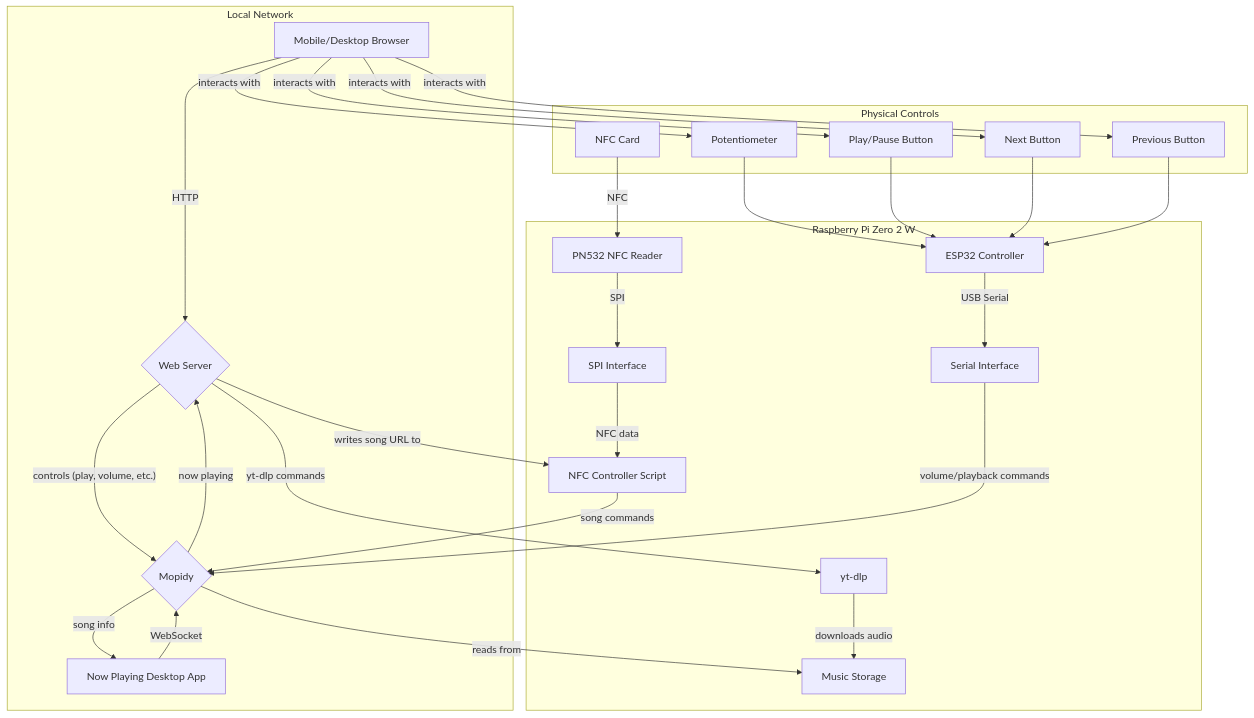
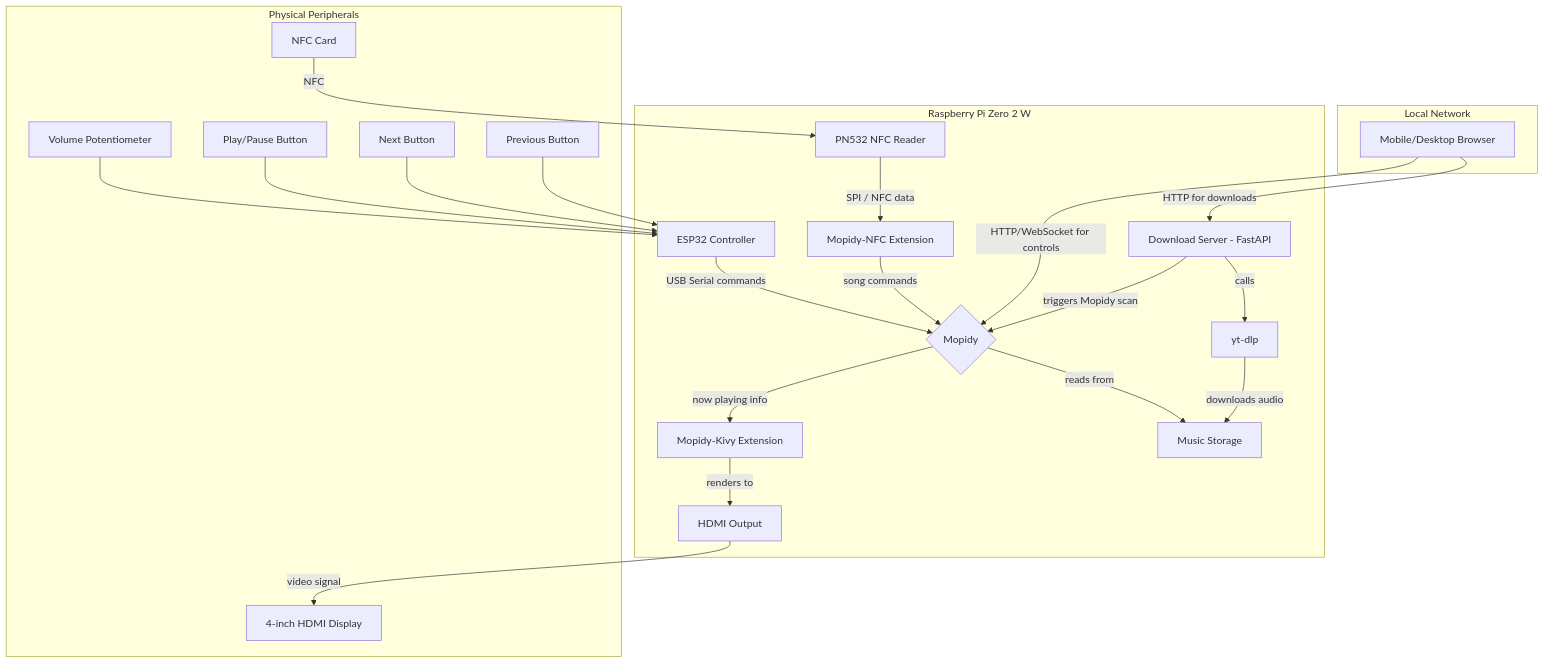
Before and after one commit to rghsoftware/soundwave: the diagram in docs/diagrams/System Architecture Diagram.mmd, drawn with Mermaid. The commit also changed 12 other files, not shown here.

Commit message:
Update diagrams

```diff
--- a/docs/diagrams/System Architecture Diagram.mmd
+++ b/docs/diagrams/System Architecture Diagram.mmd
@@ -1,33 +1,53 @@
+---
+Title: System Architecture Diagram
+---
+
 graph TD
     subgraph "Local Network"
-        A[Mobile/Desktop Browser] -- HTTP --> B{Web Server};
-        D[Now Playing Desktop App] -- WebSocket --> C{Mopidy};
+        A[Mobile/Desktop Browser]
     end
 
     subgraph "Raspberry Pi Zero 2 W"
-        B -- "controls (play, volume, etc.)" --> C;
-        C -- "song info" --> D;
-        C -- "now playing" --> B;
-        B -- "yt-dlp commands" --> E[yt-dlp];
-        E -- "downloads audio" --> F[Music Storage];
+        C{Mopidy}
+        DS[Download Server - FastAPI]
+        E[yt-dlp]
+        F[Music Storage]
+        Kivy[Mopidy-Kivy Extension]
+        HDMI[HDMI Output]
+        NFC_Ext[Mopidy-NFC Extension]
+        
+        A -- "HTTP/WebSocket for controls" --> C;
+        A -- "HTTP for downloads" --> DS;
+        
+        DS -- "triggers Mopidy scan" --> C;
+        DS -- "calls" --> E;
+        E -- "downloads audio" --> F;
+        
+        C -- "now playing info" --> Kivy;
+        Kivy -- "renders to" --> HDMI;
+        
         C -- "reads from" --> F;
-        G[PN532 NFC Reader] -- SPI --> H[SPI Interface];
-        H -- "NFC data" --> I[NFC Controller Script];
-        I -- "song commands" --> C;
-        B -- "writes song URL to" --> I;
-        J[ESP32 Controller] -- USB Serial --> K[Serial Interface];
-        K -- "volume/playback commands" --> C;
+        
+        G -- "SPI / NFC data" --> NFC_Ext;
+        NFC_Ext -- "song commands" --> C;
+        
+        J -- "USB Serial commands" --> C;
     end
 
-    subgraph "Physical Controls"
-        L[NFC Card] -- "NFC" --> G;
-        M[Potentiometer] --> J;
-        N[Play/Pause Button] --> J;
-        O[Next Button] --> J;
-        P[Previous Button] --> J;
+    subgraph "Physical Peripherals"
+        Display[4-inch HDMI Display]
+        L[NFC Card]
+        M[Volume Potentiometer]
+        N[Play/Pause Button]
+        O[Next Button]
+        P[Previous Button]
+        G[PN532 NFC Reader]
+        J[ESP32 Controller]
+
+        HDMI -- "video signal" --> Display;
+        L -- "NFC" --> G;
+        M --> J;
+        N --> J;
+        O --> J;
+        P --> J;
     end
-
-    A -- "interacts with" --> M;
-    A -- "interacts with" --> N;
-    A -- "interacts with" --> O;
-    A -- "interacts with" --> P;
```
